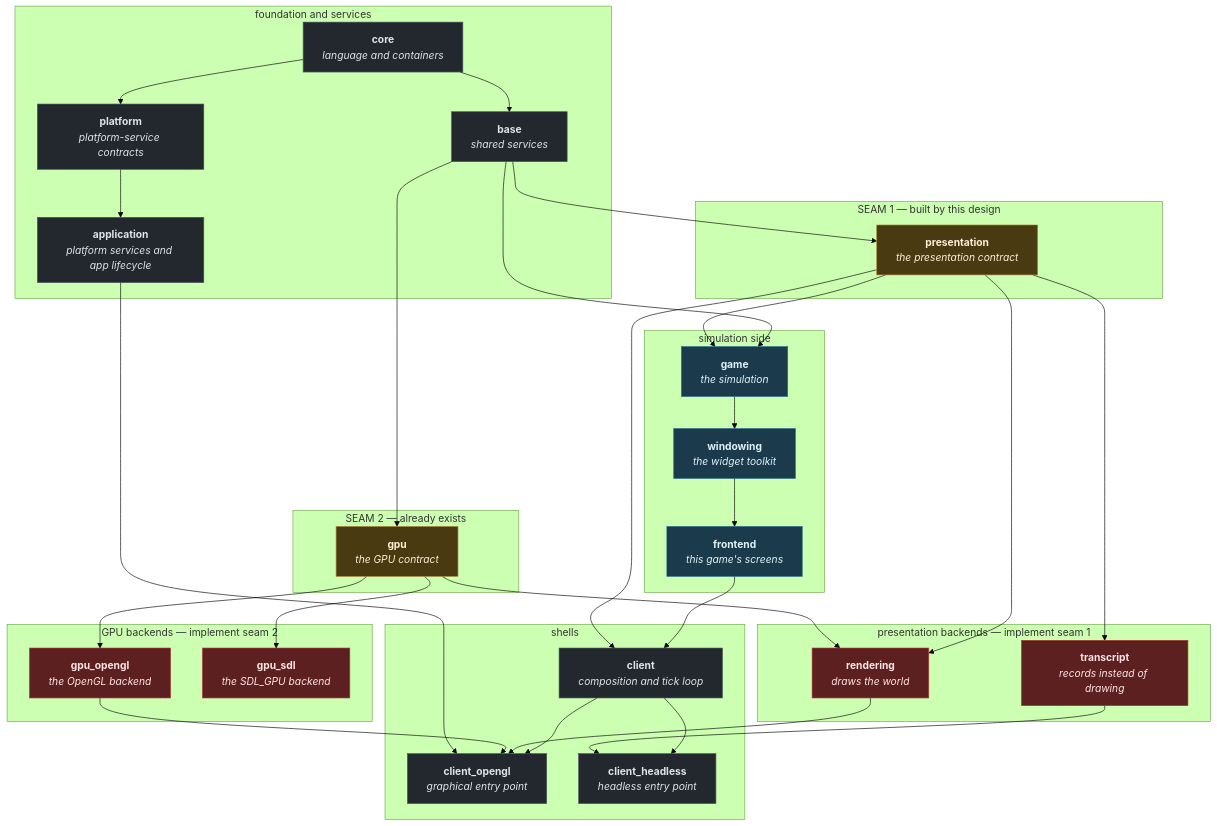
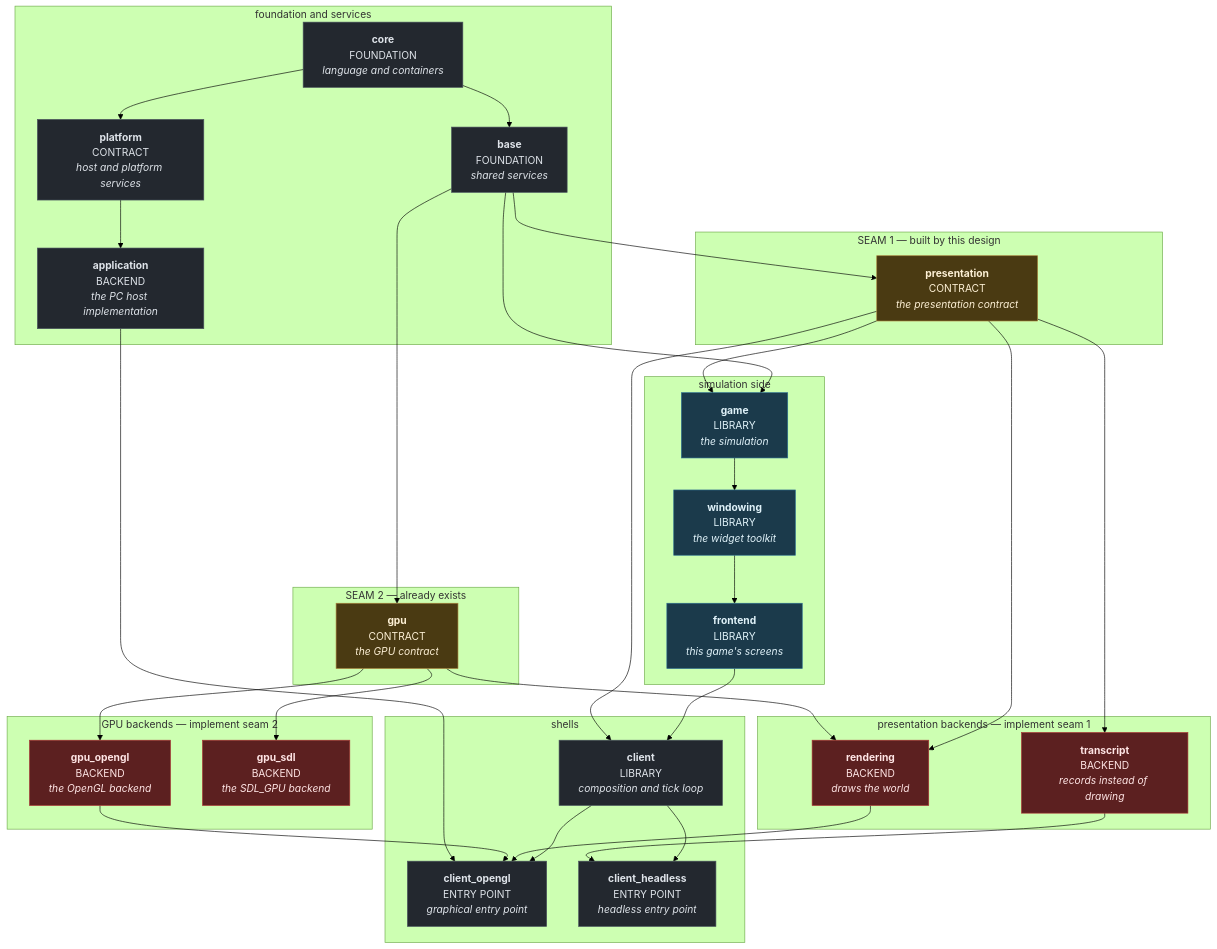
One commit to apnex/OpenStarbound changed the second of 2 diagrams in docs/superpowers/specs/2026-08-01-sovereign-headless-client-design.md. Above: the diagram before and after it, drawn with Mermaid (forest theme). The commit also changed other lines of this file, not shown here.

````diff
--- a/docs/superpowers/specs/2026-08-01-sovereign-headless-client-design.md
+++ b/docs/superpowers/specs/2026-08-01-sovereign-headless-client-design.md
@@ -292,71 +301,71 @@
 ```mermaid
 flowchart TD
   subgraph FOUND ["foundation and services"]
-    core["<b>core</b><br/><i>language and containers</i>"]
-    base["<b>base</b><br/><i>shared services</i>"]
-    platform["<b>platform</b><br/><i>platform-service contracts</i>"]
-    app["<b>application</b><br/><i>platform services and app lifecycle</i>"]
+    core["<b>core</b><br/>FOUNDATION<br/><i>language and containers</i>"]
+    base["<b>base</b><br/>FOUNDATION<br/><i>shared services</i>"]
+    platform["<b>platform</b><br/>CONTRACT<br/><i>host and platform services</i>"]
+    app["<b>application</b><br/>BACKEND<br/><i>the PC host implementation</i>"]
   end
 
   subgraph SEAM1 ["SEAM 1 — built by this design"]
-    contract["<b>presentation</b><br/><i>the presentation contract</i>"]
+    contract["<b>presentation</b><br/>CONTRACT<br/><i>the presentation contract</i>"]
   end
 
   subgraph SIM ["simulation side"]
-    game["<b>game</b><br/><i>the simulation</i>"]
-    win["<b>windowing</b><br/><i>the widget toolkit</i>"]
-    front["<b>frontend</b><br/><i>this game's screens</i>"]
+    game["<b>game</b><br/>LIBRARY<br/><i>the simulation</i>"]
+    win["<b>windowing</b><br/>LIBRARY<br/><i>the widget toolkit</i>"]
+    front["<b>frontend</b><br/>LIBRARY<br/><i>this game's screens</i>"]
   end
 
   subgraph PB ["presentation backends — implement seam 1"]
-    rend["<b>rendering</b><br/><i>draws the world</i>"]
-    tr["<b>transcript</b><br/><i>records instead of drawing</i>"]
+    rend["<b>rendering</b><br/>BACKEND<br/><i>draws the world</i>"]
+    tr["<b>transcript</b><br/>BACKEND<br/><i>records instead of drawing</i>"]
   end
 
   subgraph SEAM2 ["SEAM 2 — already exists"]
-    gpu["<b>gpu</b><br/><i>the GPU contract</i>"]
+    gpu["<b>gpu</b><br/>CONTRACT<br/><i>the GPU contract</i>"]
   end
 
   subgraph GB ["GPU backends — implement seam 2"]
-    glb["<b>gpu_opengl</b><br/><i>the OpenGL backend</i>"]
-    sdlb["<b>gpu_sdl</b><br/><i>the SDL_GPU backend</i>"]
+    glb["<b>gpu_opengl</b><br/>BACKEND<br/><i>the OpenGL backend</i>"]
+    sdlb["<b>gpu_sdl</b><br/>BACKEND<br/><i>the SDL_GPU backend</i>"]
   end
 
   subgraph SH ["shells"]
-    shell["<b>client</b><br/><i>composition and tick loop</i>"]
-    cgl["<b>client_opengl</b><br/><i>graphical entry point</i>"]
-    chl["<b>client_headless</b><br/><i>headless entry point</i>"]
+    shell["<b>client</b><br/>LIBRARY<br/><i>composition and tick loop</i>"]
+    cgl["<b>client_opengl</b><br/>ENTRY POINT<br/><i>graphical entry point</i>"]
+    chl["<b>client_headless</b><br/>ENTRY POINT<br/><i>headless entry point</i>"]
   end
 
   core --> base
   core --> platform
   platform --> app
   base --> contract
   base --> gpu
   base --> game
   contract --> game
   game --> win
   win --> front
   front --> shell
   contract --> rend
   contract --> tr
   contract --> shell
   gpu --> rend
   gpu --> glb
   gpu --> sdlb
   shell --> cgl
   shell --> chl
   rend --> cgl
   glb --> cgl
   app --> cgl
   tr --> chl
 
   classDef sim fill:#1b3a4b,stroke:#2c6e8f,color:#e0f2f9
   classDef pix fill:#5c2020,stroke:#a33,color:#ffe5e5
   classDef joint fill:#4a3a12,stroke:#a8813a,color:#fdf0d5
   classDef found fill:#23282f,stroke:#4a545e,color:#dfe4ea
   class game,win,front sim
   class rend,tr,glb,sdlb pix
   class contract,gpu joint
   class core,base,platform,app,shell,cgl,chl found
 ```
````
